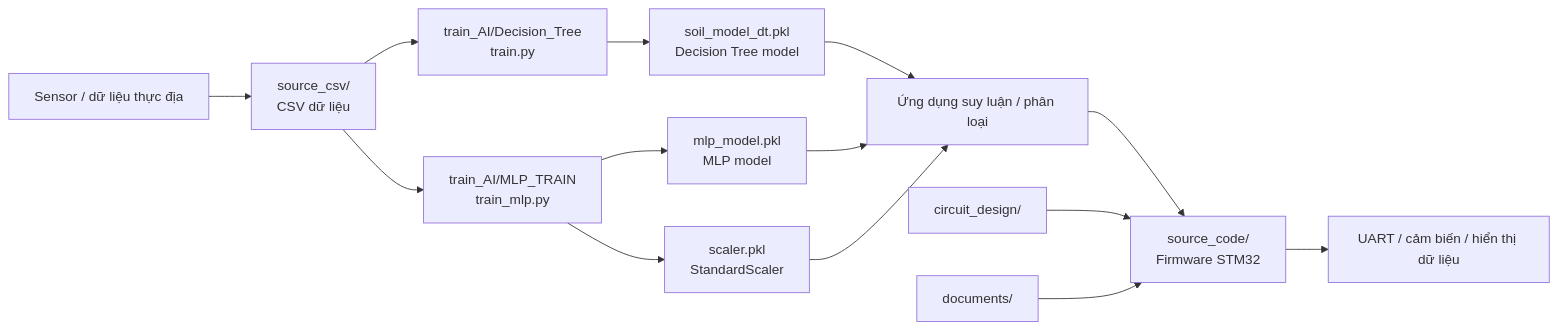
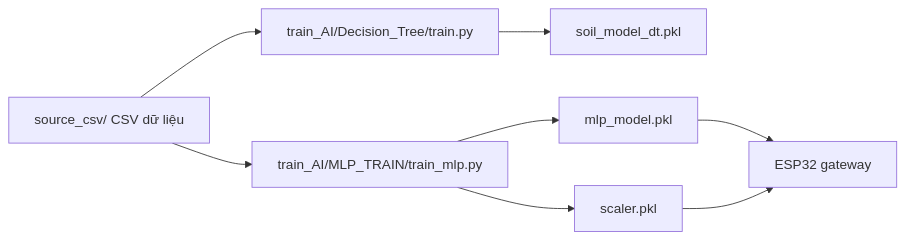
Before and after one commit to NguyenQuyenproIT/sensor_nw_final: the second of 2 diagrams in README.md, drawn with Mermaid. The commit also changed other lines of this file, not shown here.

````diff
--- a/README.md
+++ b/README.md
@@ -18,16 +22,10 @@
 ```mermaid
 flowchart LR
-    A[Sensor / dữ liệu thực địa] --> B[source_csv/\nCSV dữ liệu]
-    B --> C[train_AI/Decision_Tree\ntrain.py]
-    B --> D[train_AI/MLP_TRAIN\ntrain_mlp.py]
-    C --> E[soil_model_dt.pkl\nDecision Tree model]
-    D --> F[mlp_model.pkl\nMLP model]
-    D --> G[scaler.pkl\nStandardScaler]
-    E --> H[Ứng dụng suy luận / phân loại]
-    F --> H
-    G --> H
-    H --> I[source_code/\nFirmware STM32]
-    I --> J[UART / cảm biến / hiển thị dữ liệu]
-    K[circuit_design/] --> I
-    L[documents/] --> I
+    A[source_csv/ CSV dữ liệu] --> B[train_AI/Decision_Tree/train.py]
+    A --> C[train_AI/MLP_TRAIN/train_mlp.py]
+    B --> D[soil_model_dt.pkl]
+    C --> E[mlp_model.pkl]
+    C --> F[scaler.pkl]
+    E --> G[ESP32 gateway]
+    F --> G
 ```
````
